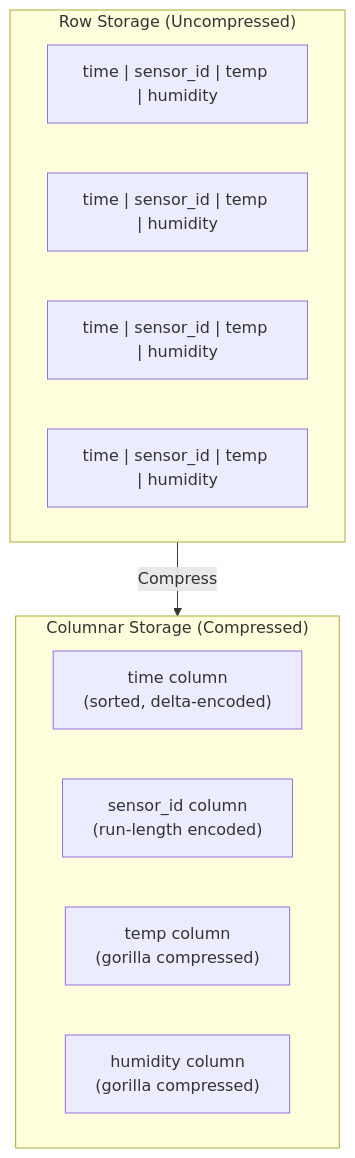
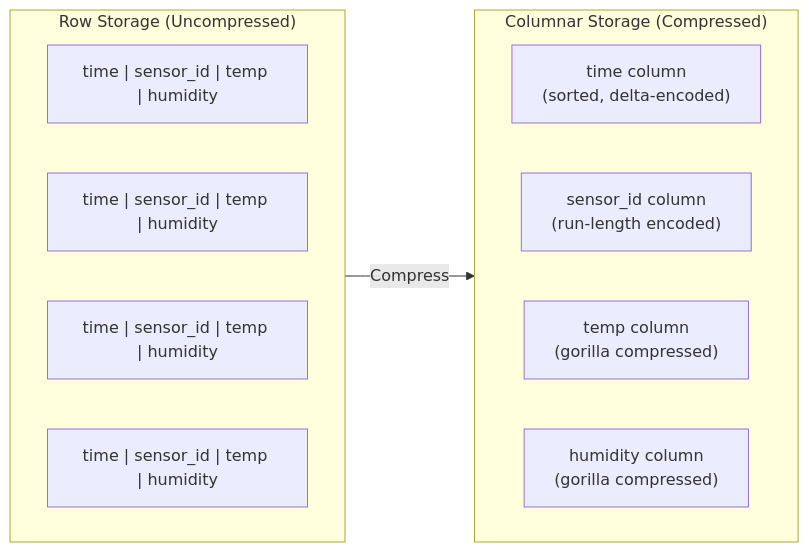
One commit to gameguild-gg/gameguild changed the fifth of 13 diagrams in apps/web/src/data/courses/databases/13-timeseries-search/reveal.md. Above: the diagram before and after it, drawn with Mermaid. The commit also changed other lines of this file, not shown here.

````diff
--- a/apps/web/src/data/courses/databases/13-timeseries-search/reveal.md
+++ b/apps/web/src/data/courses/databases/13-timeseries-search/reveal.md
@@ -471,16 +476,18 @@
 ```mermaid
-flowchart TD
+flowchart LR
     subgraph ROW["Row Storage (Uncompressed)"]
+        direction LR
         R1["time | sensor_id | temp | humidity"]
         R2["time | sensor_id | temp | humidity"]
         R3["time | sensor_id | temp | humidity"]
         R4["time | sensor_id | temp | humidity"]
     end
     subgraph COL["Columnar Storage (Compressed)"]
+        direction LR
         CT["time column<br/>(sorted, delta-encoded)"]
         CS["sensor_id column<br/>(run-length encoded)"]
         CTemp["temp column<br/>(gorilla compressed)"]
         CH["humidity column<br/>(gorilla compressed)"]
     end
     ROW -->|"Compress"| COL
 ```
````
